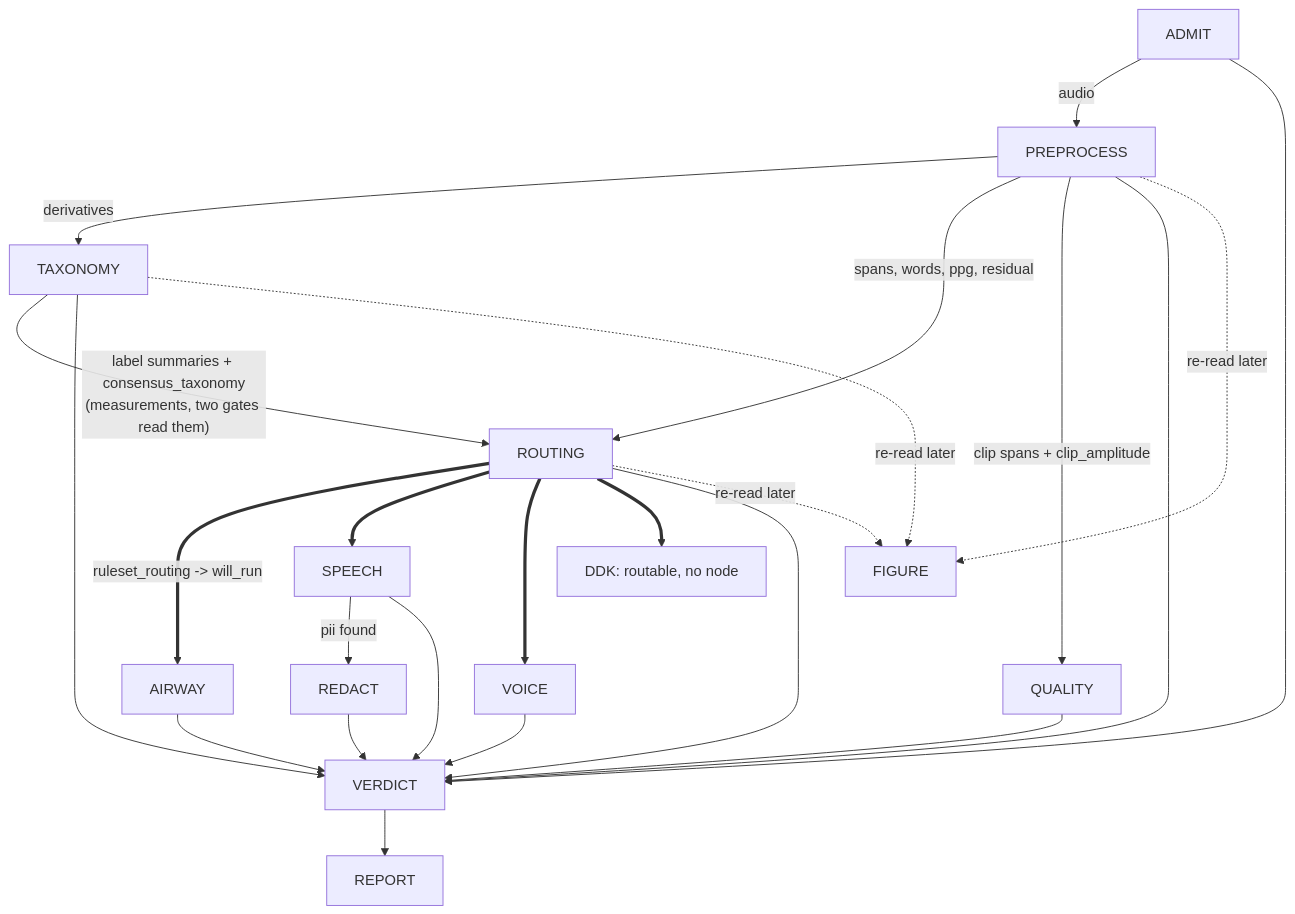
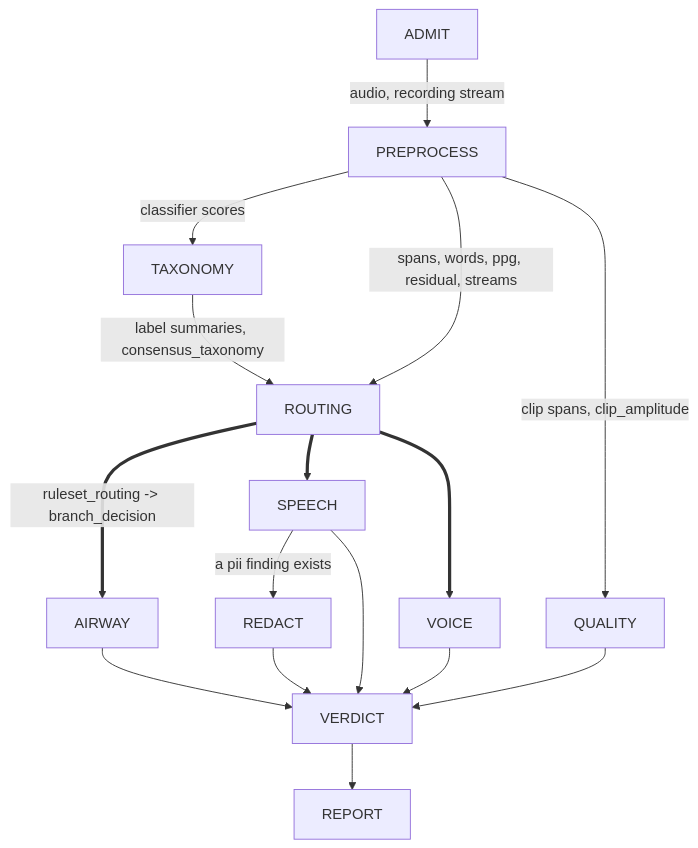
The diagram in specs/20260817-triage-workflow-dag/dag.md (sensein/senselab), drawn with Mermaid before and after one commit. The commit also changed other lines of this file, not shown here.

````diff
--- a/specs/20260817-triage-workflow-dag/dag.md
+++ b/specs/20260817-triage-workflow-dag/dag.md
@@ -389,26 +70,18 @@
 ```mermaid
 graph TD
-  ADMIT -->|audio| PREPROCESS
-  PREPROCESS -->|derivatives| TAXONOMY
-  PREPROCESS -->|"spans, words, ppg, residual"| ROUTING
-  TAXONOMY -->|"label summaries + consensus_taxonomy<br/>(measurements, two gates read them)"| ROUTING
-  ROUTING ==>|"ruleset_routing -> will_run"| AIRWAY
+  ADMIT -->|"audio, recording stream"| PREPROCESS
+  PREPROCESS -->|"classifier scores"| TAXONOMY
+  PREPROCESS -->|"spans, words, ppg, residual, streams"| ROUTING
+  TAXONOMY -->|"label summaries, consensus_taxonomy"| ROUTING
+  ROUTING ==>|"ruleset_routing -> branch_decision"| AIRWAY
   ROUTING ==> SPEECH
   ROUTING ==> VOICE
-  ROUTING ==> DDK["DDK: routable, no node"]
-  SPEECH -->|"pii found"| REDACT
-  PREPROCESS -->|"clip spans + clip_amplitude"| QUALITY
-  ADMIT --> VERDICT
-  PREPROCESS --> VERDICT
-  TAXONOMY --> VERDICT
-  ROUTING --> VERDICT
+  PREPROCESS -->|"clip spans, clip_amplitude"| QUALITY
+  SPEECH -->|"a pii finding exists"| REDACT
   AIRWAY --> VERDICT
   SPEECH --> VERDICT
   VOICE --> VERDICT
   QUALITY --> VERDICT
   REDACT --> VERDICT
   VERDICT --> REPORT
-  PREPROCESS -.->|"re-read later"| FIGURE
-  TAXONOMY -.->|"re-read later"| FIGURE
-  ROUTING -.->|"re-read later"| FIGURE
 ```
````
